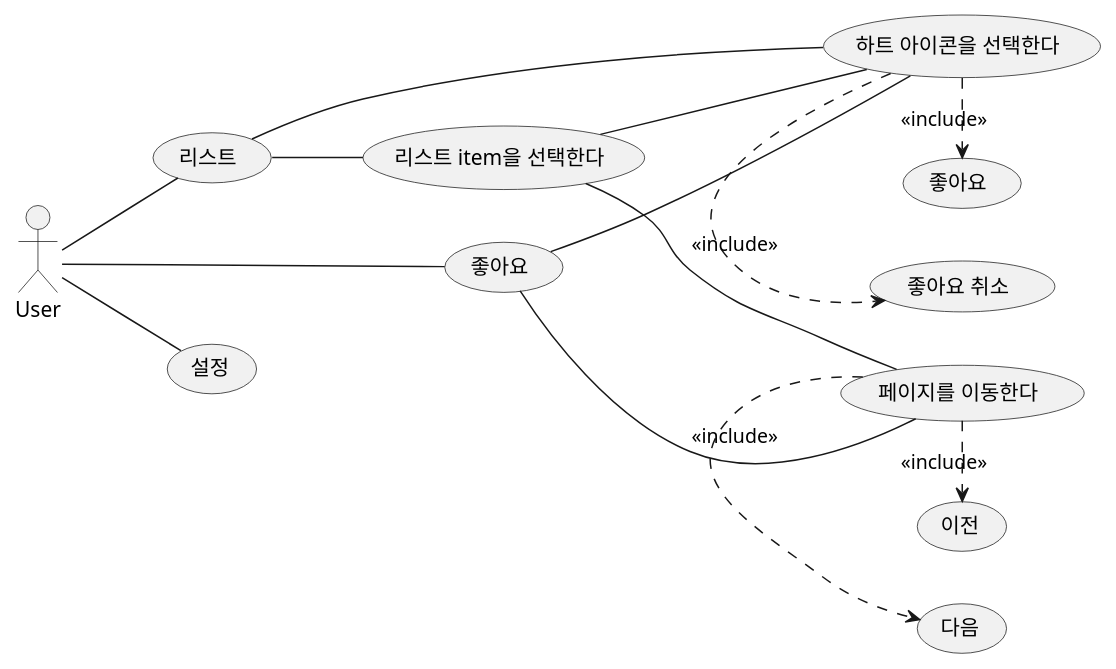
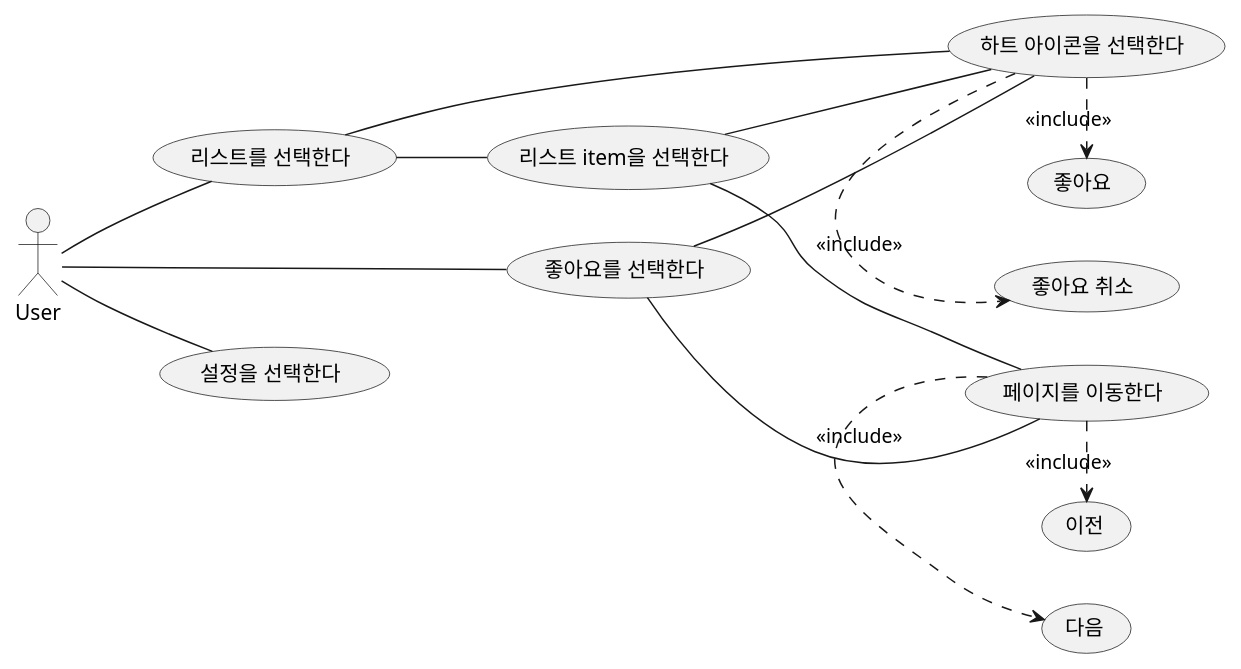
Before and after one commit to wooyj-1217/PicSum: the diagram in doc/usecase.puml, drawn with PlantUML. The commit also changed 1 other file, not shown here.

```diff
--- a/doc/usecase.puml
+++ b/doc/usecase.puml
@@ -1,34 +1,34 @@
 @startuml
 
 left to right direction
 
 actor User as u
 
-(리스트) as U1
-(좋아요) as U2
-(설정) as U3
+(리스트를 선택한다) as U1
+(좋아요를 선택한다) as U2
+(설정을 선택한다) as U3
 
 (하트 아이콘을 선택한다) as U5
 (U5) .> (좋아요) : <<include>>
 (U5) .> (좋아요 취소) : <<include>>
 
 (페이지를 이동한다) as U6
 U6 .> (이전) : <<include>>
 U6 .> (다음) : <<include>>
 
 (리스트 item을 선택한다) as U4
 
 u -- U1
 u -- U2
 u -- U3
 
 U1 -- U4
 U1 -- U5
 
 U4 -- U5
 U4 -- U6
 
 U2 -- U5
 U2 -- U6
 
 @enduml
```
